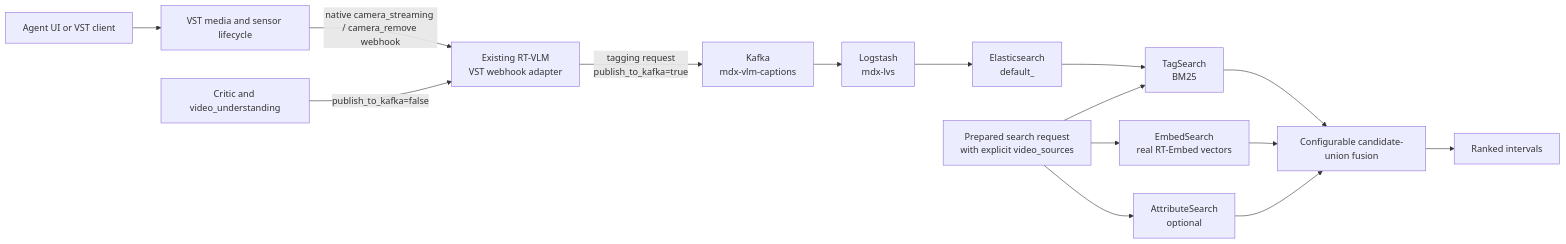
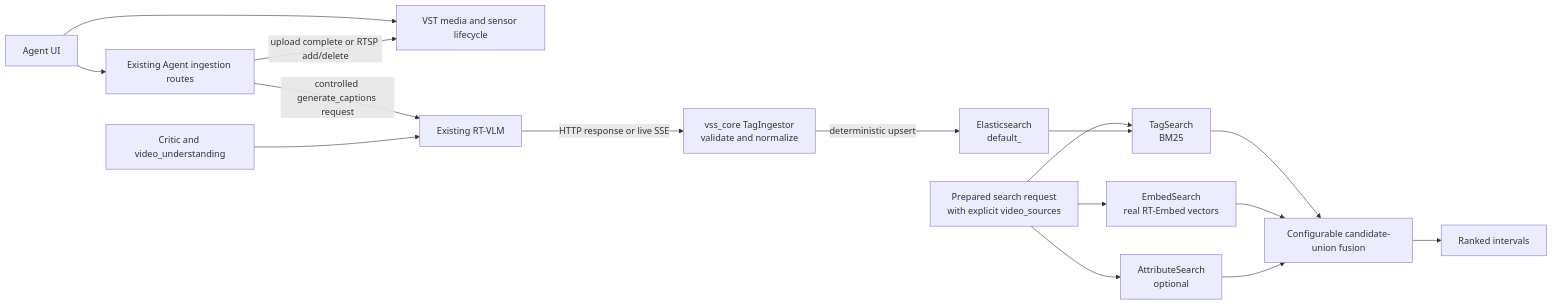
One commit to ashan-nv/video-search-and-summarization changed the diagram in docs/designs/vlm-tagging-search.md. Above: the diagram before and after it, drawn with Mermaid. The commit also changed other lines of this file and 16 other files, not shown here.

Commit message:
feat: implement VLM tagging ingestion and search

````diff
--- a/docs/designs/vlm-tagging-search.md
+++ b/docs/designs/vlm-tagging-search.md
@@ -78,20 +74,20 @@
 ```mermaid
 flowchart LR
-    UI["Agent UI or VST client"] --> VST["VST media and sensor lifecycle"]
+    UI["Agent UI"] --> VST["VST media and sensor lifecycle"]
+    UI --> Agent["Existing Agent ingestion routes"]
+    Agent -->|"upload complete or RTSP add/delete"| VST
+    Agent -->|"controlled generate_captions request"| VLM["Existing RT-VLM"]
+    VLM -->|"HTTP response or live SSE"| Validate["vss_core TagIngestor\nvalidate and normalize"]
+    Validate -->|"deterministic upsert"| TagIndex["Elasticsearch\ndefault_<sensorId>"]
 
-    VST -->|"native camera_streaming / camera_remove webhook"| VLM["Existing RT-VLM\nVST webhook adapter"]
-    VLM -->|"tagging request\npublish_to_kafka=true"| Kafka["Kafka\nmdx-vlm-captions"]
-    Kafka --> Logstash["Logstash\nmdx-lvs"]
-    Logstash --> TagIndex["Elasticsearch\ndefault_<streamId>"]
-
-    Critic["Critic and video_understanding"] -->|"publish_to_kafka=false"| VLM
+    Critic["Critic and video_understanding"] --> VLM
 
     Query["Prepared search request\nwith explicit video_sources"] --> TagSearch["TagSearch\nBM25"]
     Query --> EmbedSearch["EmbedSearch\nreal RT-Embed vectors"]
     Query --> AttributeSearch["AttributeSearch\noptional"]
     TagIndex --> TagSearch
     TagSearch --> Fusion["Configurable candidate-union fusion"]
     EmbedSearch --> Fusion
     AttributeSearch --> Fusion
     Fusion --> Results["Ranked intervals"]
 ```
````
